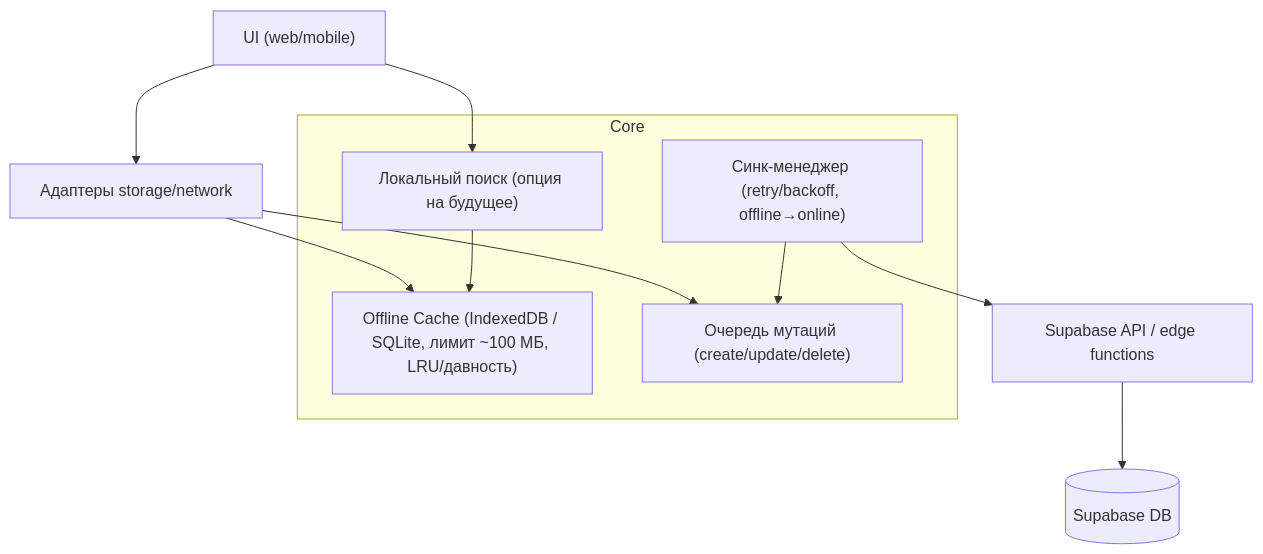
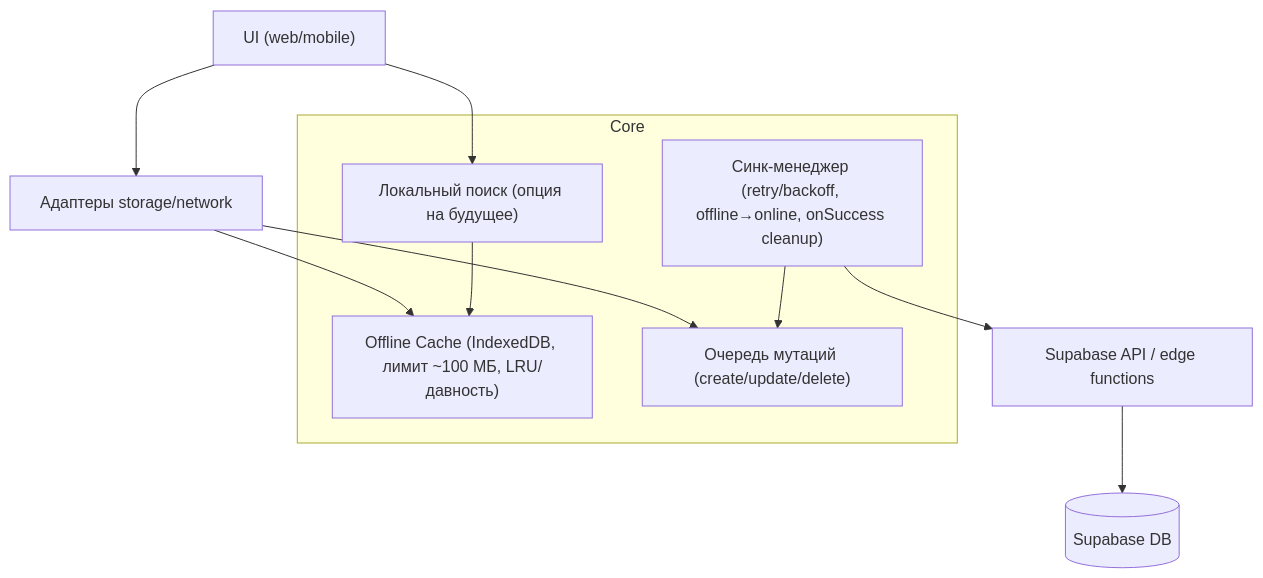
Before and after one commit to koreyba/EverFreeNote: the diagram in docs/ai/design/feature-offline-mode.md, drawn with Mermaid. The commit also changed other lines of this file and 4 other files, not shown here.

````diff
--- a/docs/ai/design/feature-offline-mode.md
+++ b/docs/ai/design/feature-offline-mode.md
@@ -11,18 +11,18 @@
 ```mermaid
 graph TD
   subgraph Core
-    Cache["Offline Cache (IndexedDB / SQLite, лимит ~100 МБ, LRU/давность)"]
+    Cache["Offline Cache (IndexedDB, лимит ~100 МБ, LRU/давность)"]
     Queue["Очередь мутаций (create/update/delete)"]
-    Sync["Синк-менеджер (retry/backoff, offline→online)"]
+    Sync["Синк-менеджер (retry/backoff, offline→online, onSuccess cleanup)"]
     LocalSearch["Локальный поиск (опция на будущее)"]
   end
 
   UI["UI (web/mobile)"] --> Adapter["Адаптеры storage/network"]
   Adapter --> Cache
   Adapter --> Queue
   Sync --> Queue
   Sync --> API["Supabase API / edge functions"]
   API --> DB[(Supabase DB)]
   LocalSearch --> Cache
   UI --> LocalSearch
 ```
````
